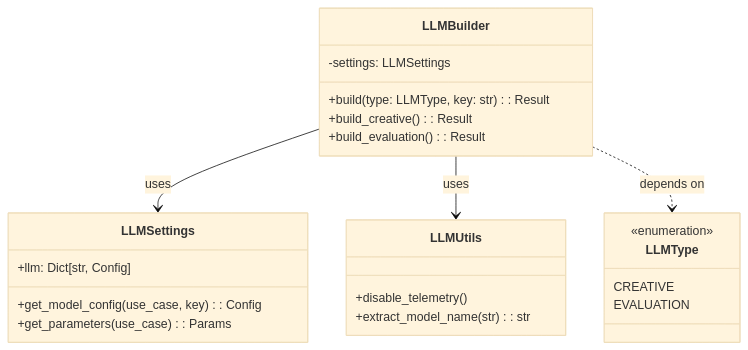
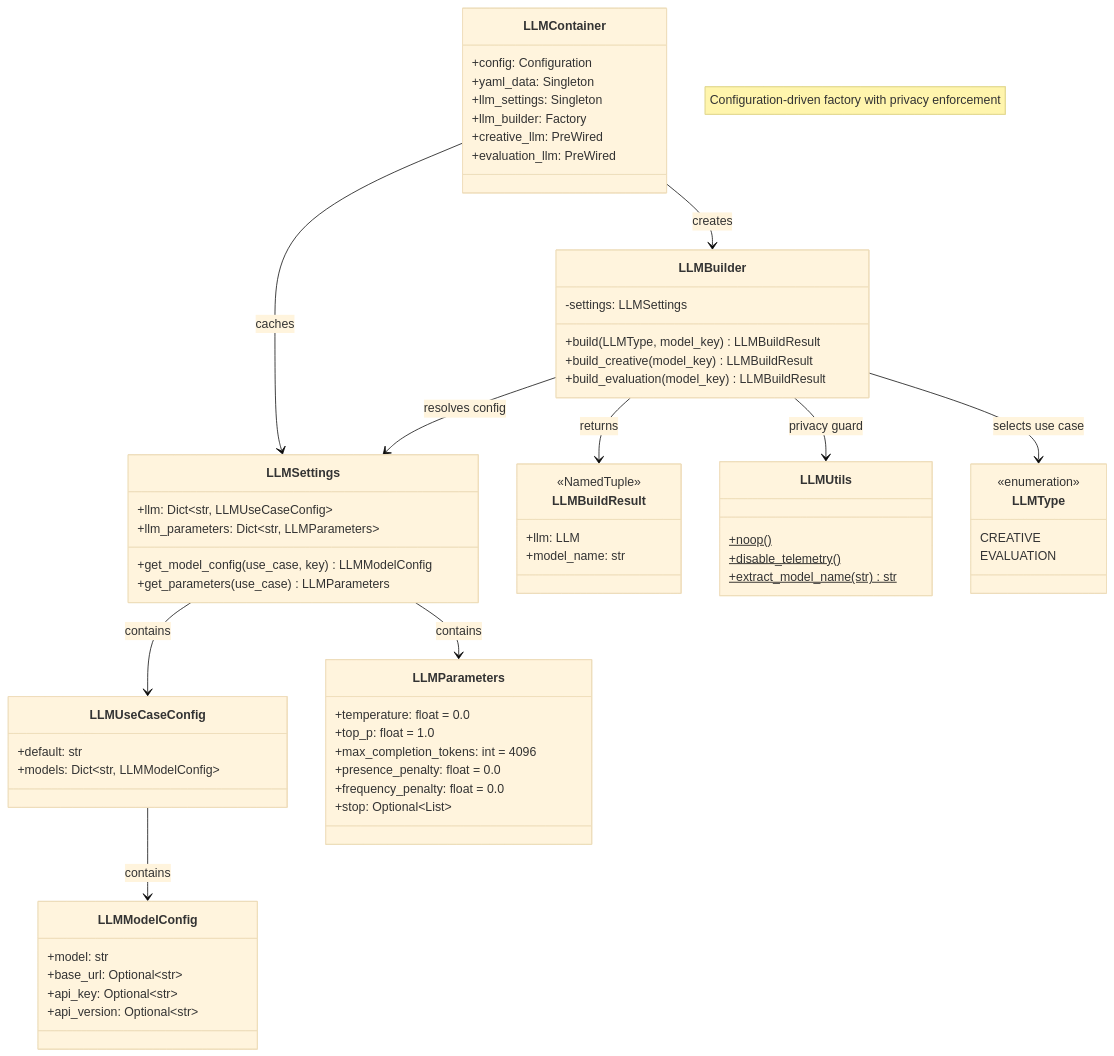
Before and after one commit to NikhilVijayakumar/Amsha: the second of 5 diagrams in docs/paper/modules/llm_factory/architecture.md, drawn with Mermaid. The commit also changed other lines of this file and 24 other files, not shown here.

````diff
--- a/docs/paper/modules/llm_factory/architecture.md
+++ b/docs/paper/modules/llm_factory/architecture.md
@@ -9,31 +89,77 @@
 ```mermaid
 %%{init: {'theme': 'base'}}%%
 classDiagram
+    note "Configuration-driven factory with privacy enforcement"
+
     class LLMBuilder {
         -settings: LLMSettings
-        +build(type: LLMType, key: str): Result
-        +build_creative(): Result
-        +build_evaluation(): Result
+        +build(LLMType, model_key) LLMBuildResult
+        +build_creative(model_key) LLMBuildResult
+        +build_evaluation(model_key) LLMBuildResult
     }
 
     class LLMSettings {
-        +llm: Dict[str, Config]
-        +get_model_config(use_case, key): Config
-        +get_parameters(use_case): Params
+        +llm: Dict~str, LLMUseCaseConfig~
+        +llm_parameters: Dict~str, LLMParameters~
+        +get_model_config(use_case, key) LLMModelConfig
+        +get_parameters(use_case) LLMParameters
+    }
+
+    class LLMUseCaseConfig {
+        +default: str
+        +models: Dict~str, LLMModelConfig~
+    }
+
+    class LLMModelConfig {
+        +model: str
+        +base_url: Optional~str~
+        +api_key: Optional~str~
+        +api_version: Optional~str~
+    }
+
+    class LLMParameters {
+        +temperature: float = 0.0
+        +top_p: float = 1.0
+        +max_completion_tokens: int = 4096
+        +presence_penalty: float = 0.0
+        +frequency_penalty: float = 0.0
+        +stop: Optional~List~
+    }
+
+    class LLMBuildResult {
+        <<NamedTuple>>
+        +llm: LLM
+        +model_name: str
     }
 
     class LLMUtils {
-        +disable_telemetry()
-        +extract_model_name(str): str
+        +noop()$
+        +disable_telemetry()$
+        +extract_model_name(str)$ str
     }
 
     class LLMType {
         <<enumeration>>
         CREATIVE
         EVALUATION
     }
 
-    LLMBuilder --> LLMSettings : uses
-    LLMBuilder --> LLMUtils : uses
-    LLMBuilder ..> LLMType : depends on
+    class LLMContainer {
+        +config: Configuration
+        +yaml_data: Singleton
+        +llm_settings: Singleton
+        +llm_builder: Factory
+        +creative_llm: PreWired
+        +evaluation_llm: PreWired
+    }
+
+    LLMBuilder --> LLMSettings : resolves config
+    LLMBuilder --> LLMUtils : privacy guard
+    LLMBuilder --> LLMType : selects use case
+    LLMBuilder --> LLMBuildResult : returns
+    LLMSettings --> LLMUseCaseConfig : contains
+    LLMSettings --> LLMParameters : contains
+    LLMUseCaseConfig --> LLMModelConfig : contains
+    LLMContainer --> LLMBuilder : creates
+    LLMContainer --> LLMSettings : caches
 ```
````
